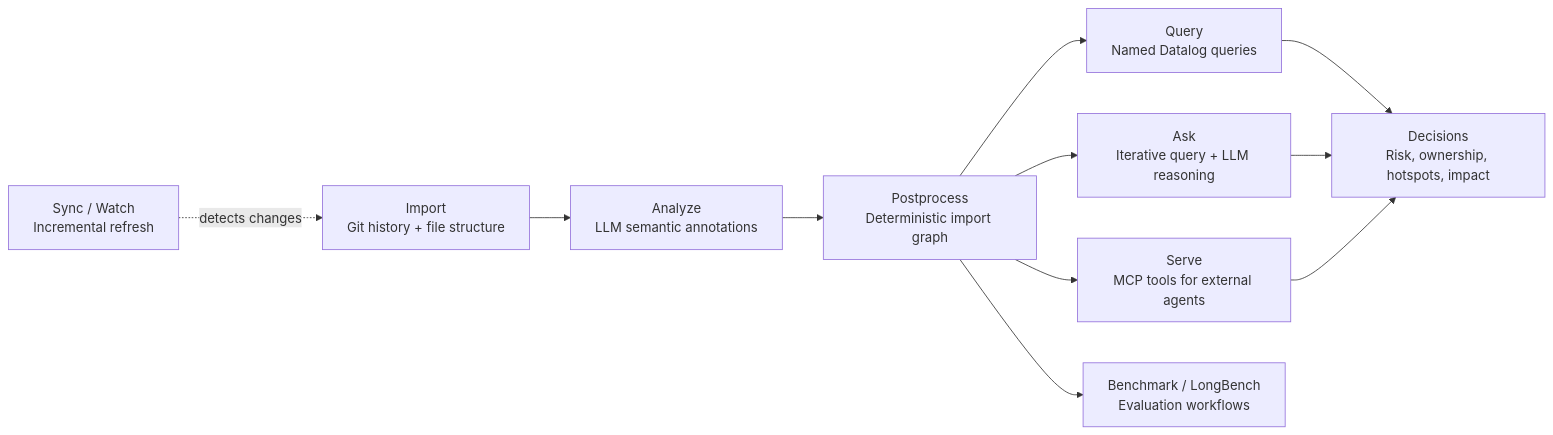
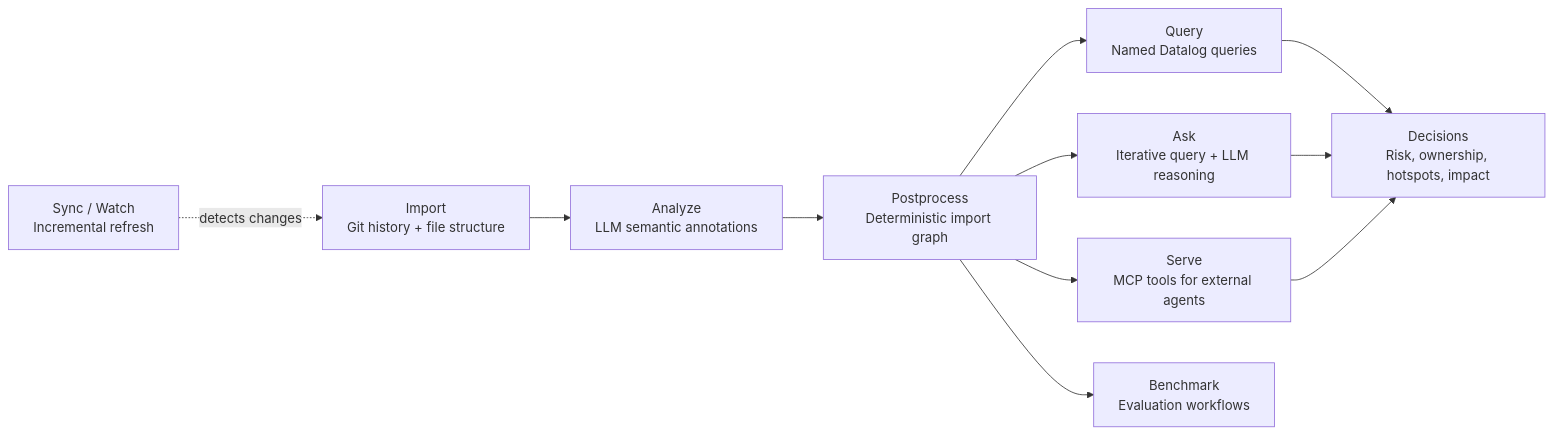
Before and after one commit to leifericf/noumenon: the first of 2 diagrams in README.md, drawn with Mermaid. The commit also changed other lines of this file and 9 other files, not shown here.

First line of the commit message:
refactor: remove LongBench v2 integration

````diff
--- a/README.md
+++ b/README.md
@@ -169,17 +169,17 @@
 ```mermaid
 flowchart LR
   A[Import\nGit history + file structure] --> B[Analyze\nLLM semantic annotations]
   B --> C[Postprocess\nDeterministic import graph]
 
   S[Sync / Watch\nIncremental refresh] -.->|detects changes| A
 
   C --> D[Query\nNamed Datalog queries]
   C --> E[Ask\nIterative query + LLM reasoning]
   C --> F[Serve\nMCP tools for external agents]
 
   D --> G[Decisions\nRisk, ownership, hotspots, impact]
   E --> G
   F --> G
 
-  C --> H[Benchmark / LongBench\nEvaluation workflows]
+  C --> H[Benchmark\nEvaluation workflows]
 ```
````
